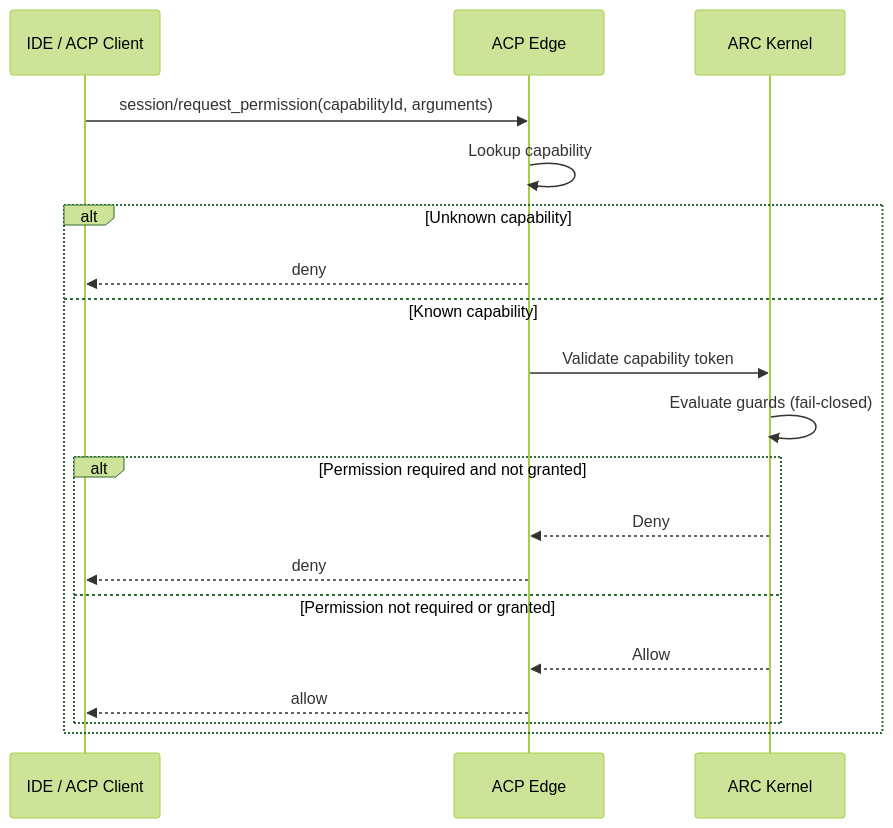
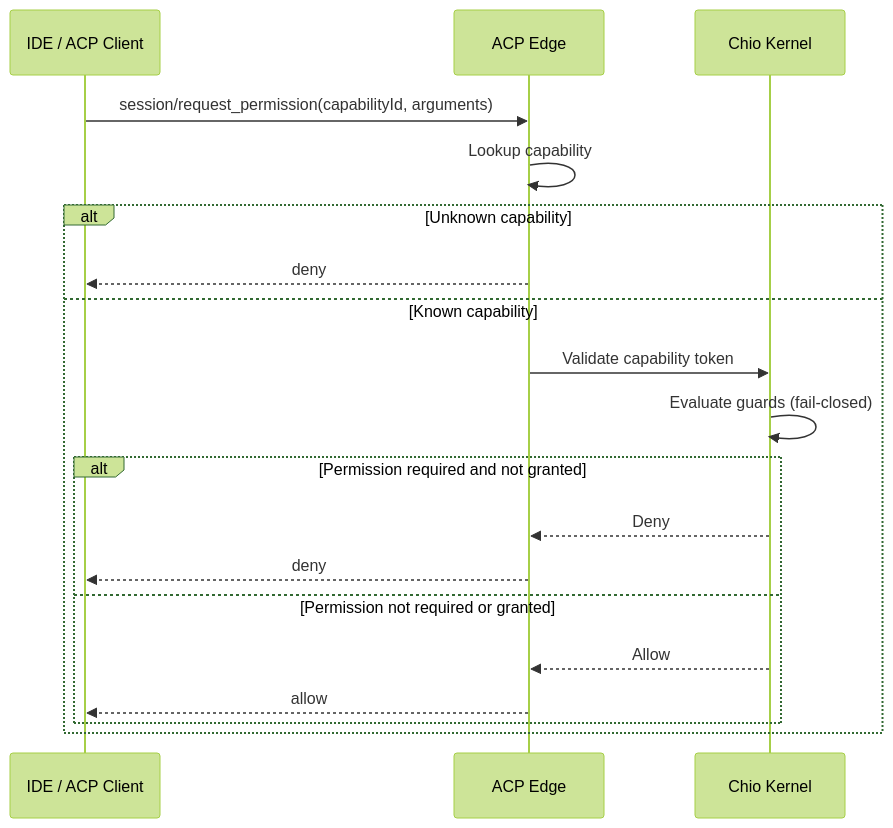
One commit to bb-connor/arc changed the second of 4 diagrams in spec/BRIDGES.md. Above: the diagram before and after it, drawn with Mermaid (forest theme). The commit also changed other lines of this file and 3351 other files, not shown here.

First line of the commit message:
feat(rename): arc → chio full overhaul

````diff
--- a/spec/BRIDGES.md
+++ b/spec/BRIDGES.md
@@ -343,22 +343,22 @@
 ```mermaid
 sequenceDiagram
     participant I as IDE / ACP Client
     participant E as ACP Edge
-    participant K as ARC Kernel
+    participant K as Chio Kernel
 
     I->>E: session/request_permission(capabilityId, arguments)
     E->>E: Lookup capability
     alt Unknown capability
         E-->>I: deny
     else Known capability
         E->>K: Validate capability token
         K->>K: Evaluate guards (fail-closed)
         alt Permission required and not granted
             K-->>E: Deny
             E-->>I: deny
         else Permission not required or granted
             K-->>E: Allow
             E-->>I: allow
         end
     end
 ```
````
